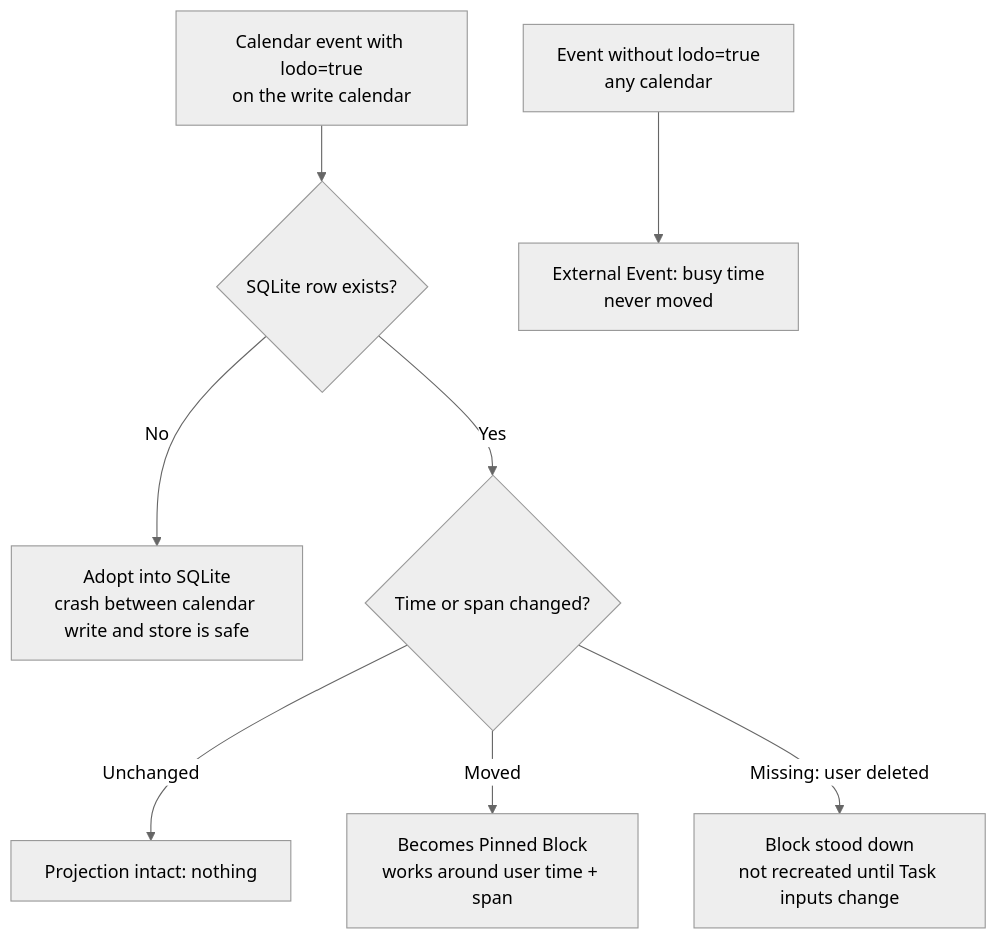
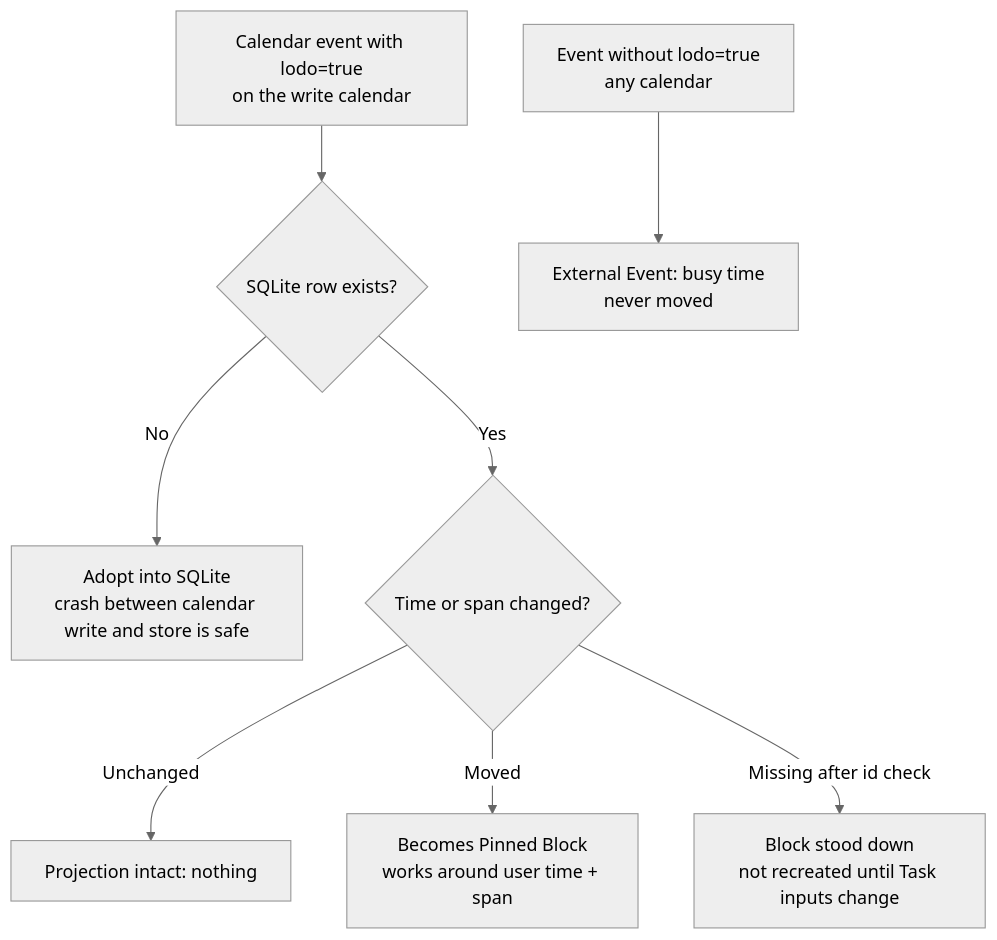
One commit to aries1980/lodo changed the third of 4 diagrams in docs/content/specs/calendar.md. Above: the diagram before and after it, drawn with Mermaid (neutral theme). The commit also changed other lines of this file and 25 other files, not shown here.

````diff
--- a/docs/content/specs/calendar.md
+++ b/docs/content/specs/calendar.md
@@ -161,11 +170,11 @@
 ```mermaid
 flowchart TD
     E["Calendar event with lodo=true<br/>on the write calendar"] --> M{"SQLite row exists?"}
     M -->|No| ADOPT["Adopt into SQLite<br/>crash between calendar write and store is safe"]
     M -->|Yes| CH{"Time or span changed?"}
     CH -->|Unchanged| KEEP["Projection intact: nothing"]
     CH -->|Moved| PIN["Becomes Pinned Block<br/>works around user time + span"]
-    CH -->|Missing: user deleted| STAND["Block stood down<br/>not recreated until Task inputs change"]
+    CH -->|Missing after id check| STAND["Block stood down<br/>not recreated until Task inputs change"]
 
     E2["Event without lodo=true<br/>any calendar"] --> BUSY2["External Event: busy time<br/>never moved"]
 ```
````
